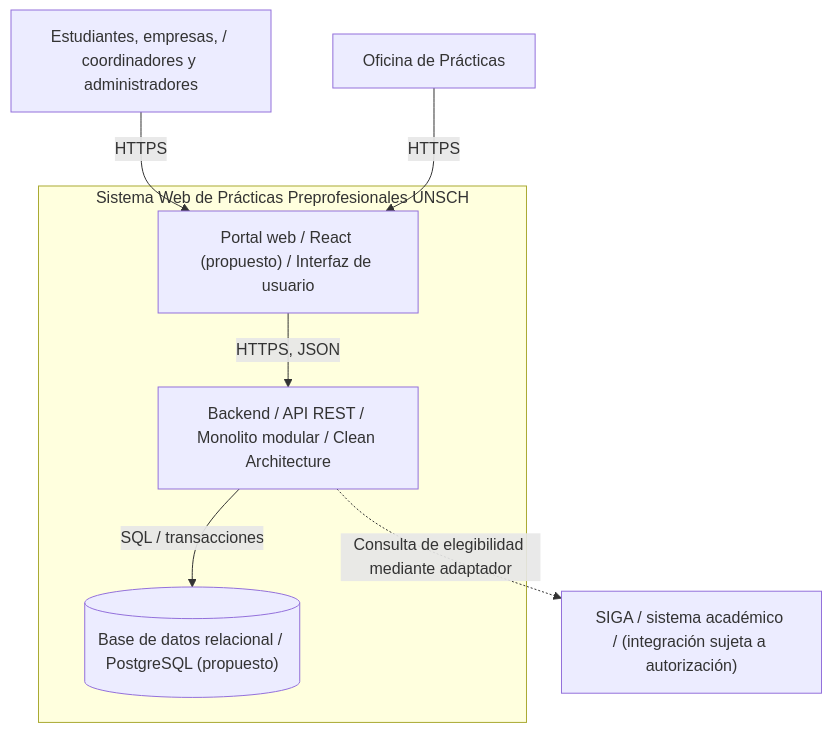
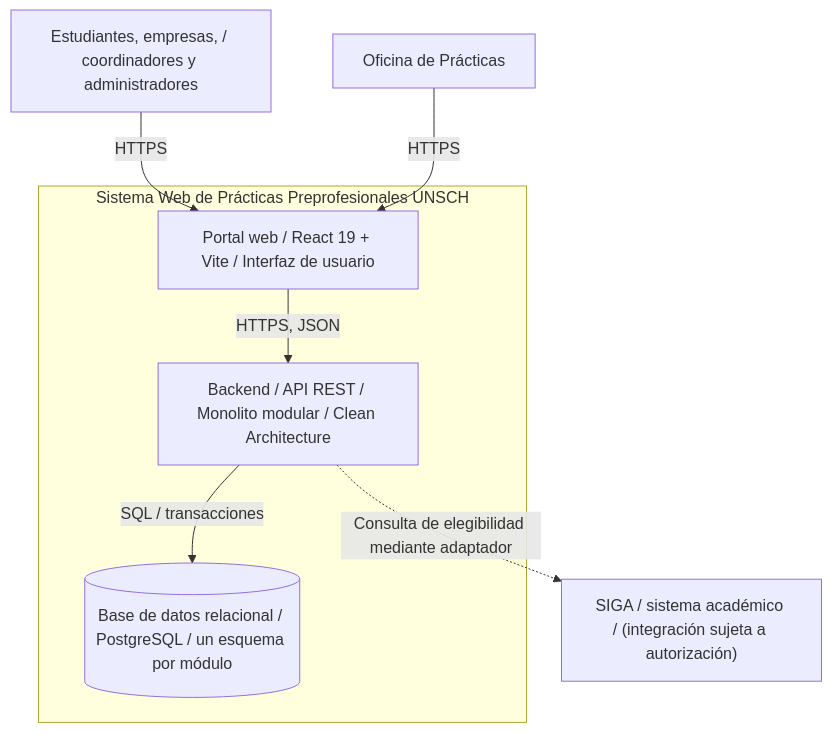
One commit to Jhoncode987/Sistema-de-Gestion-y-Publicacion-Practicas-Preprofesionales changed the second of 5 diagrams in docs/02-arquitectura/diagramas-c4/diagramas-c4.md. Above: the diagram before and after it, drawn with Mermaid. The commit also changed other lines of this file and 3 other files, not shown here.

First line of the commit message:
Sprint 3: documentación de despliegue, diagrama de despliegue C4, procedimiento CI/CD y dominio propio con Cloudflare

````diff
--- a/docs/02-arquitectura/diagramas-c4/diagramas-c4.md
+++ b/docs/02-arquitectura/diagramas-c4/diagramas-c4.md
@@ -57,19 +57,19 @@
 ```mermaid
 flowchart TB
     Users["Estudiantes, empresas, / coordinadores y administradores"]
     Office["Oficina de Prácticas"]
 
     subgraph System["Sistema Web de Prácticas Preprofesionales UNSCH"]
-        Web["Portal web / React (propuesto) / Interfaz de usuario"]
+        Web["Portal web / React 19 + Vite / Interfaz de usuario"]
         API["Backend / API REST / Monolito modular / Clean Architecture"]
-        DB[("Base de datos relacional / PostgreSQL (propuesto)")]
+        DB[("Base de datos relacional / PostgreSQL / un esquema por módulo")]
     end
 
     SIGA["SIGA / sistema académico / (integración sujeta a autorización)"]
 
     Users -->|"HTTPS"| Web
     Office -->|"HTTPS"| Web
     Web -->|"HTTPS, JSON"| API
     API -->|"SQL / transacciones"| DB
     API -.->|"Consulta de elegibilidad mediante adaptador"| SIGA
 ```
````
